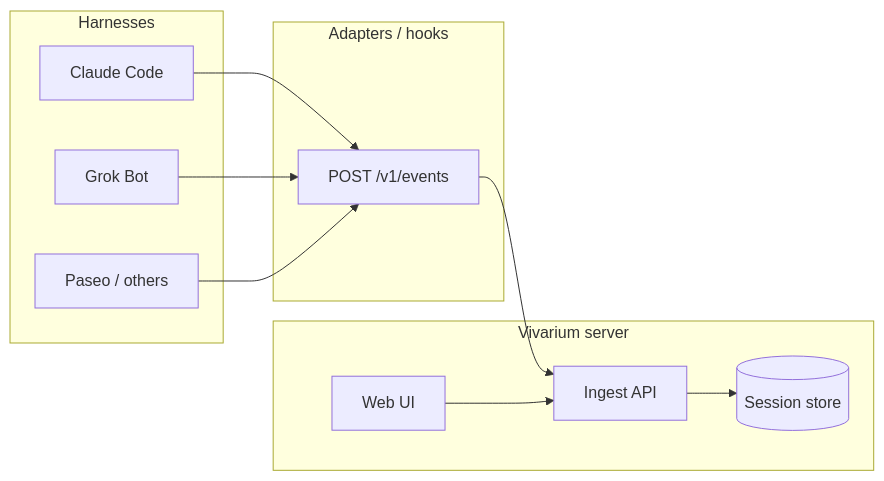
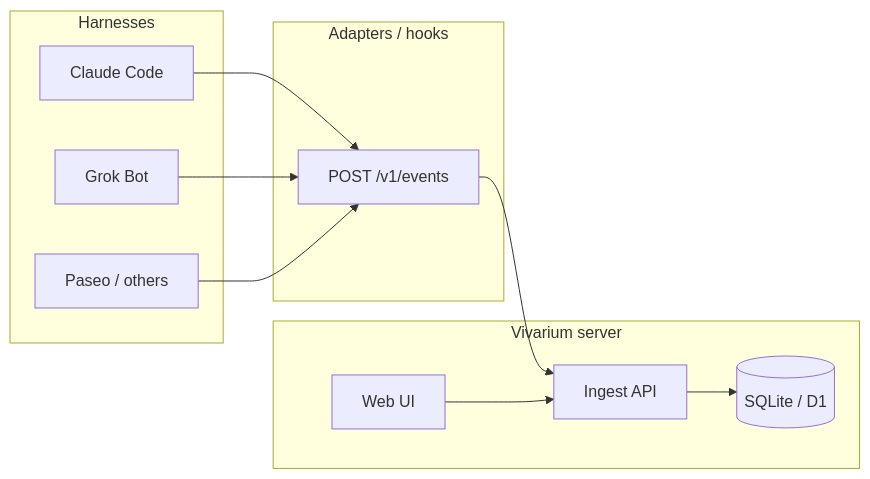
One commit to lanyun1103/vivarium changed the diagram in docs/architecture.md. Above: the diagram before and after it, drawn with Mermaid. The commit also changed other lines of this file and 15 other files, not shown here.

First line of the commit message:
M1: SQLite persistence and session query API (#2)

````diff
--- a/docs/architecture.md
+++ b/docs/architecture.md
@@ -7,21 +7,21 @@
 ```mermaid
 flowchart LR
   subgraph harnesses [Harnesses]
     CC[Claude Code]
     GB[Grok Bot]
     P[Paseo / others]
   end
   subgraph adapters [Adapters / hooks]
     H[POST /v1/events]
   end
   subgraph vivarium [Vivarium server]
     API[Ingest API]
-    STORE[(Session store)]
+    STORE[(SQLite / D1)]
     WEB[Web UI]
   end
   CC --> H
   GB --> H
   P --> H
   H --> API --> STORE
   WEB --> API
 ```
````
